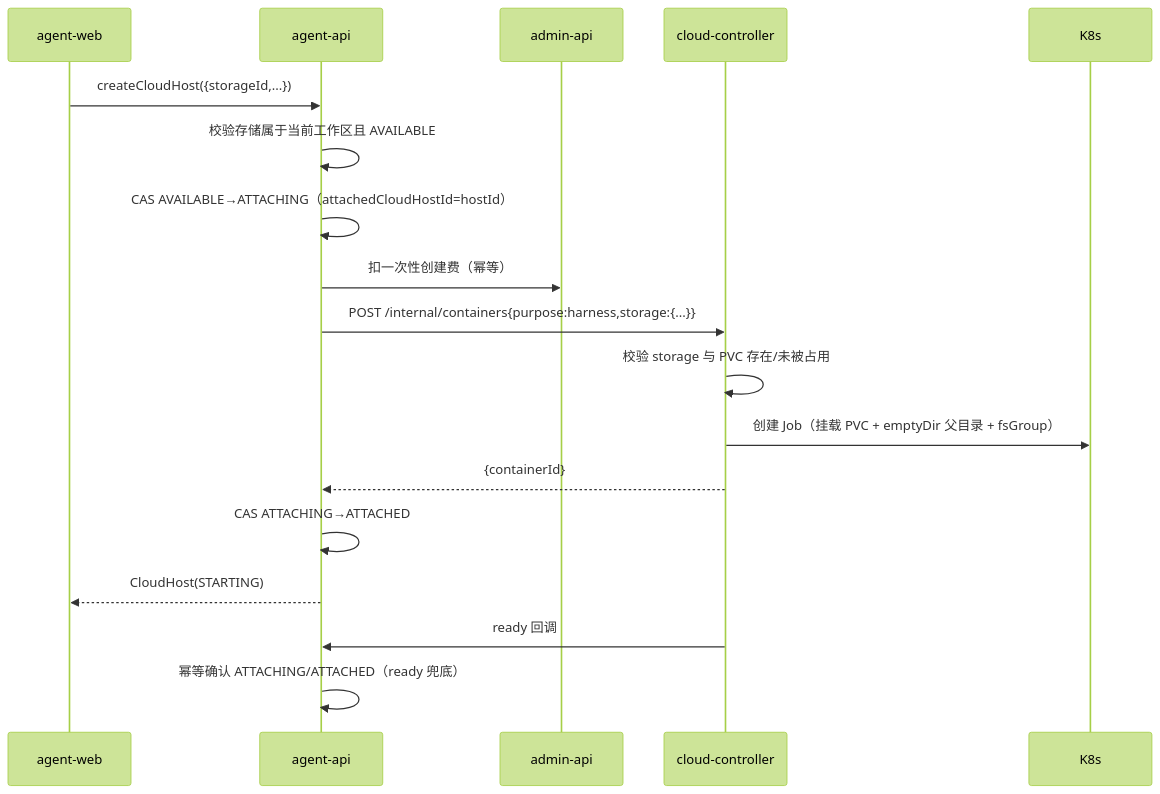
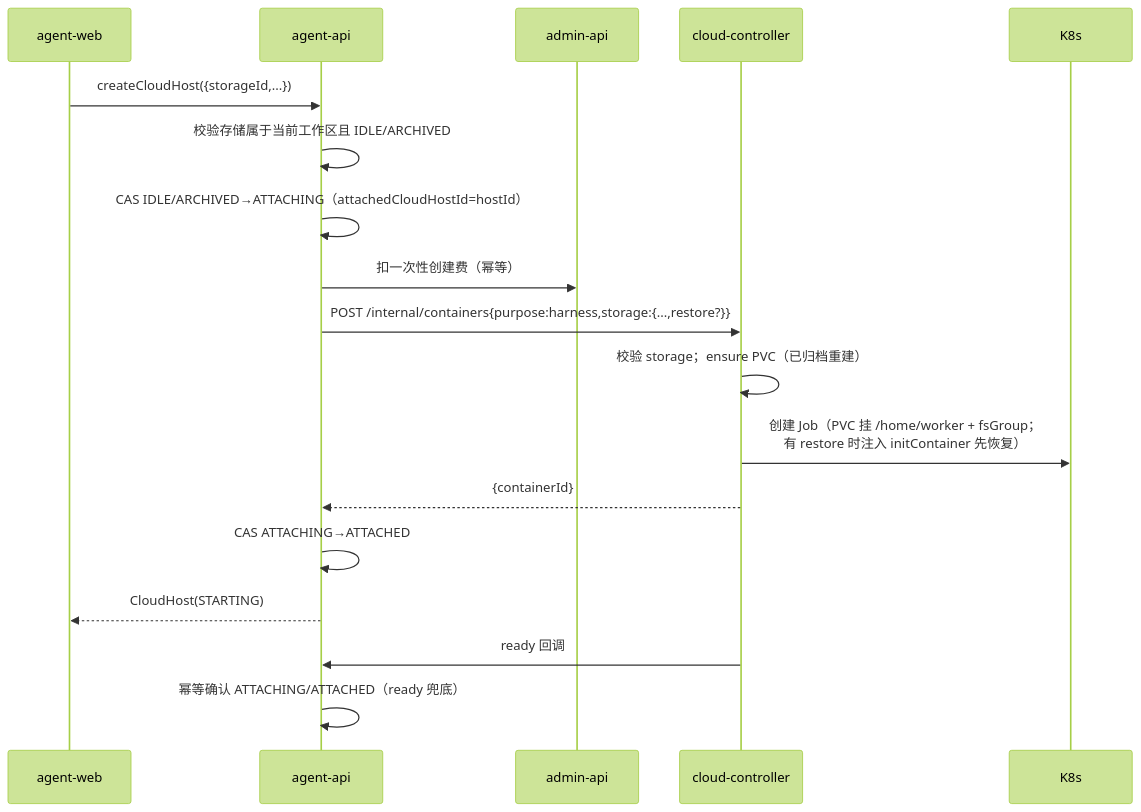
The third of 7 diagrams in docs/engineering/proposals/20261102-feat-cloud-storage.md (Deliay/z-agent-gear), drawn with Mermaid (forest theme) before and after one commit. The commit also changed other lines of this file and 3 other files, not shown here.

````diff
--- a/docs/engineering/proposals/20261102-feat-cloud-storage.md
+++ b/docs/engineering/proposals/20261102-feat-cloud-storage.md
@@ -629,20 +675,20 @@
 ```mermaid
 sequenceDiagram
     participant W as agent-web
     participant A as agent-api
     participant B as admin-api
     participant C as cloud-controller
     participant K as K8s
     W->>A: createCloudHost({storageId,...})
-    A->>A: 校验存储属于当前工作区且 AVAILABLE
-    A->>A: CAS AVAILABLE→ATTACHING（attachedCloudHostId=hostId）
+    A->>A: 校验存储属于当前工作区且 IDLE/ARCHIVED
+    A->>A: CAS IDLE/ARCHIVED→ATTACHING（attachedCloudHostId=hostId）
     A->>B: 扣一次性创建费（幂等）
-    A->>C: POST /internal/containers{purpose:harness,storage:{...}}
-    C->>C: 校验 storage 与 PVC 存在/未被占用
-    C->>K: 创建 Job（挂载 PVC + emptyDir 父目录 + fsGroup）
+    A->>C: POST /internal/containers{purpose:harness,storage:{...,restore?}}
+    C->>C: 校验 storage；ensure PVC（已归档重建）
+    C->>K: 创建 Job（PVC 挂 /home/worker + fsGroup；<br/>有 restore 时注入 initContainer 先恢复）
     C-->>A: {containerId}
     A->>A: CAS ATTACHING→ATTACHED
     A-->>W: CloudHost(STARTING)
     C->>A: ready 回调
     A->>A: 幂等确认 ATTACHING/ATTACHED（ready 兜底）
 ```
````
